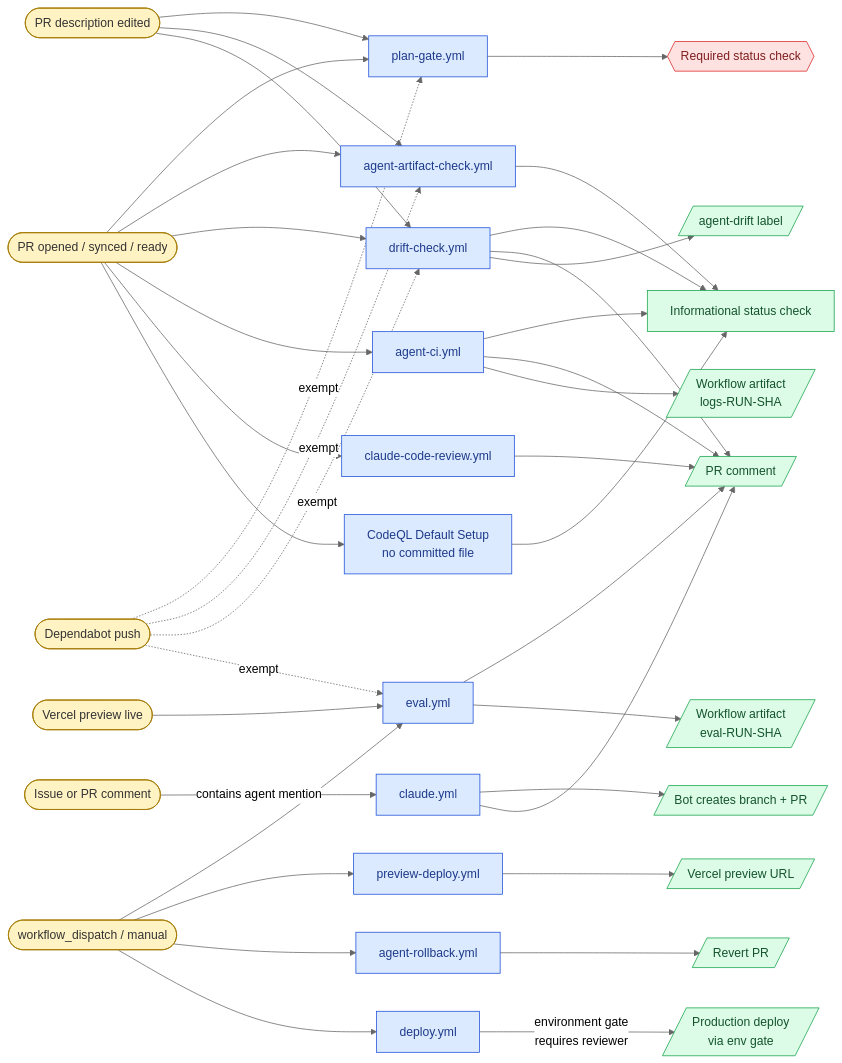
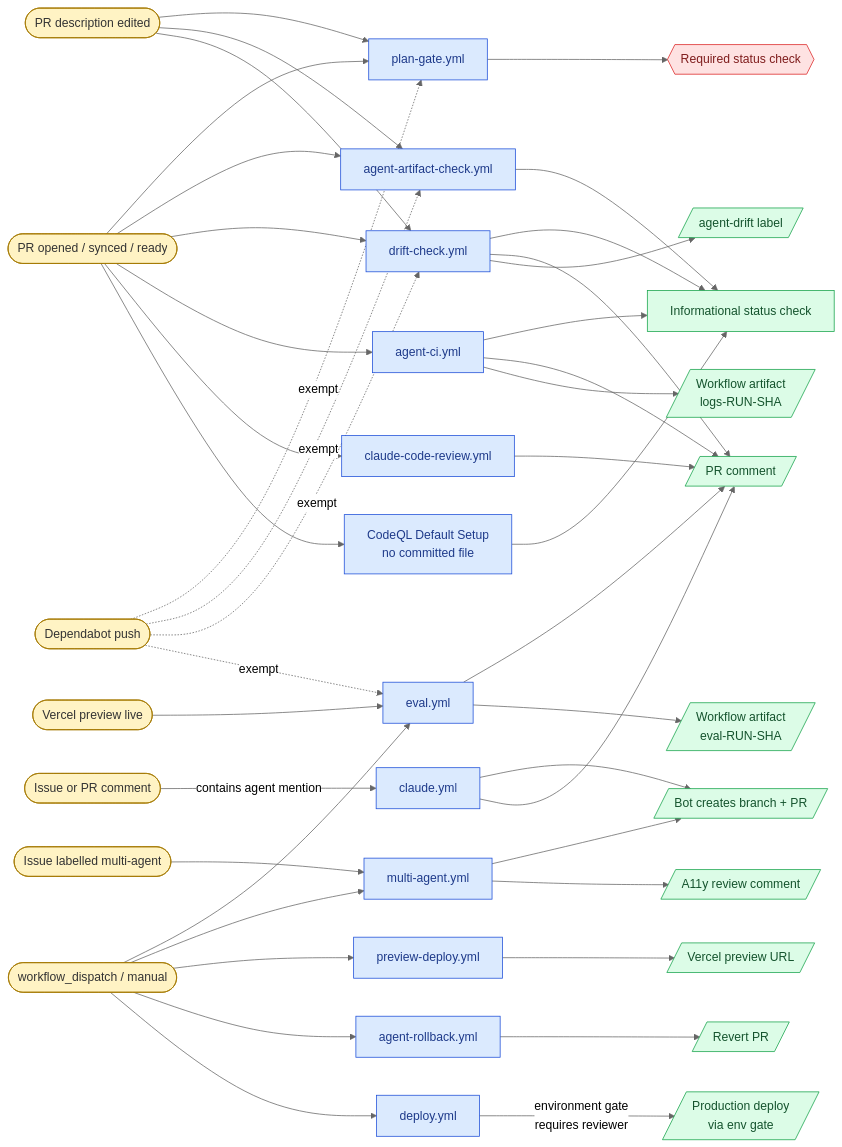
One commit to lpt-labs/london-premium-transfers changed the first of 3 diagrams in docs/WORKFLOWS.md. Above: the diagram before and after it, drawn with Mermaid (neutral theme). The commit also changed other lines of this file, not shown here.

Commit message:
docs(workflows): document multi-agent workflow and dormant Copilot agents

````diff
--- a/docs/WORKFLOWS.md
+++ b/docs/WORKFLOWS.md
@@ -15,6 +15,7 @@
     DISPATCH([workflow_dispatch / manual])
     DEPENDABOT([Dependabot push])
     VERCEL_DEPLOY_SUCCESS([Vercel preview live])
+    LABEL_MULTI_AGENT([Issue labelled multi-agent])
 
     %% Workflows
     PLAN_GATE[plan-gate.yml]
@@ -23,6 +24,7 @@
     EVAL[eval.yml]
     AGENT_CI[agent-ci.yml]
     CLAUDE[claude.yml]
+    MULTI_AGENT[multi-agent.yml]
     CLAUDE_REVIEW[claude-code-review.yml]
     PREVIEW[preview-deploy.yml]
     ROLLBACK[agent-rollback.yml]
@@ -37,6 +39,7 @@
     ARTIFACT[/Workflow artifact<br/>logs-RUN-SHA/]
     ARTIFACT_EVAL[/Workflow artifact<br/>eval-RUN-SHA/]
     BOT_PR[/Bot creates branch + PR/]
+    PR_REVIEW_COMMENT[/A11y review comment/]
     VERCEL_PREVIEW[/Vercel preview URL/]
     PROD_DEPLOY[/Production deploy<br/>via env gate/]
     REVERT_PR[/Revert PR/]
@@ -75,6 +78,11 @@
     CLAUDE --> BOT_PR
     CLAUDE --> PR_COMMENT
 
+    LABEL_MULTI_AGENT --> MULTI_AGENT
+    DISPATCH --> MULTI_AGENT
+    MULTI_AGENT --> BOT_PR
+    MULTI_AGENT --> PR_REVIEW_COMMENT
+
     DISPATCH --> PREVIEW --> VERCEL_PREVIEW
     DISPATCH --> ROLLBACK --> REVERT_PR
     DISPATCH --> DEPLOY
@@ -85,8 +93,8 @@
     classDef output fill:#dcfce7,stroke:#16a34a,color:#14532d
     classDef gate fill:#fee2e2,stroke:#dc2626,color:#7f1d1d
 
-    class PR_OPEN,PR_BODY_EDIT,COMMENT,DISPATCH,DEPENDABOT,VERCEL_DEPLOY_SUCCESS trigger
-    class PLAN_GATE,ARTIFACT_CHECK,DRIFT,EVAL,AGENT_CI,CLAUDE,CLAUDE_REVIEW,PREVIEW,ROLLBACK,DEPLOY,CODEQL workflow
-    class PR_COMMENT,LABEL_DRIFT,ARTIFACT,ARTIFACT_EVAL,BOT_PR,VERCEL_PREVIEW,PROD_DEPLOY,REVERT_PR,INFO_CHECK output
+    class PR_OPEN,PR_BODY_EDIT,COMMENT,DISPATCH,DEPENDABOT,VERCEL_DEPLOY_SUCCESS,LABEL_MULTI_AGENT trigger
+    class PLAN_GATE,ARTIFACT_CHECK,DRIFT,EVAL,AGENT_CI,CLAUDE,MULTI_AGENT,CLAUDE_REVIEW,PREVIEW,ROLLBACK,DEPLOY,CODEQL workflow
+    class PR_COMMENT,LABEL_DRIFT,ARTIFACT,ARTIFACT_EVAL,BOT_PR,PR_REVIEW_COMMENT,VERCEL_PREVIEW,PROD_DEPLOY,REVERT_PR,INFO_CHECK output
     class REQUIRED_CHECK gate
 ```
````
